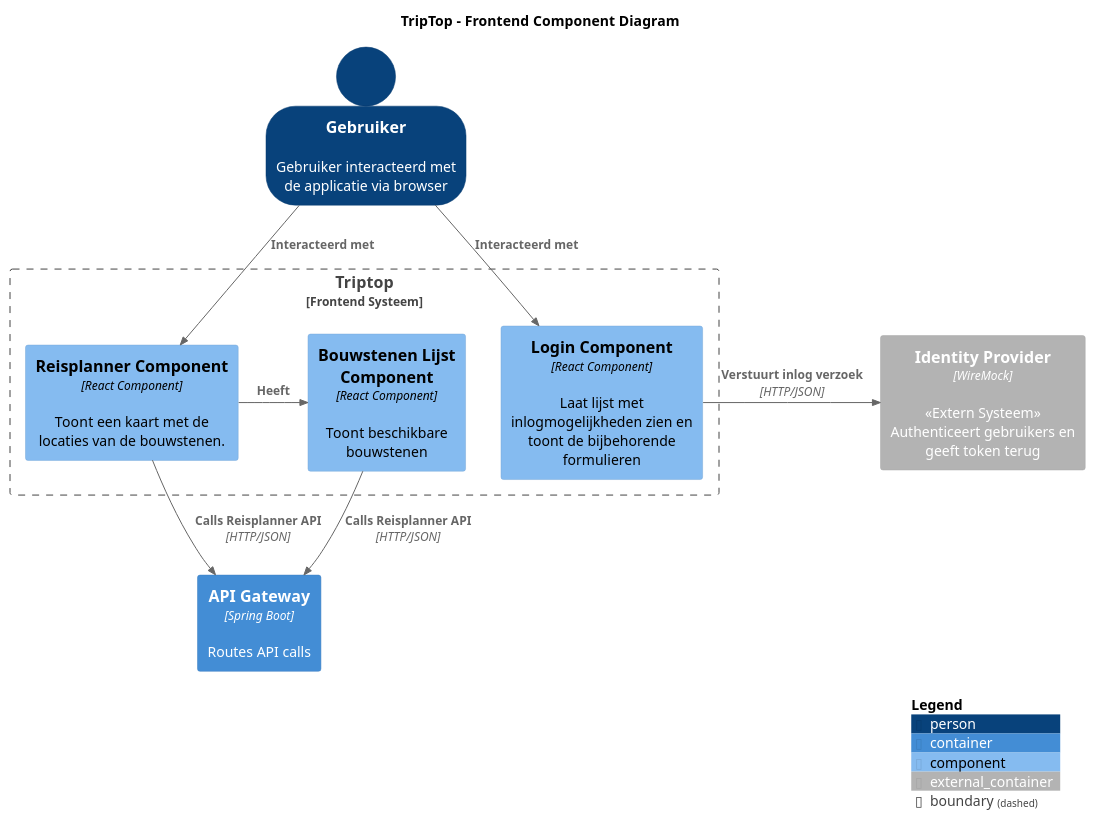
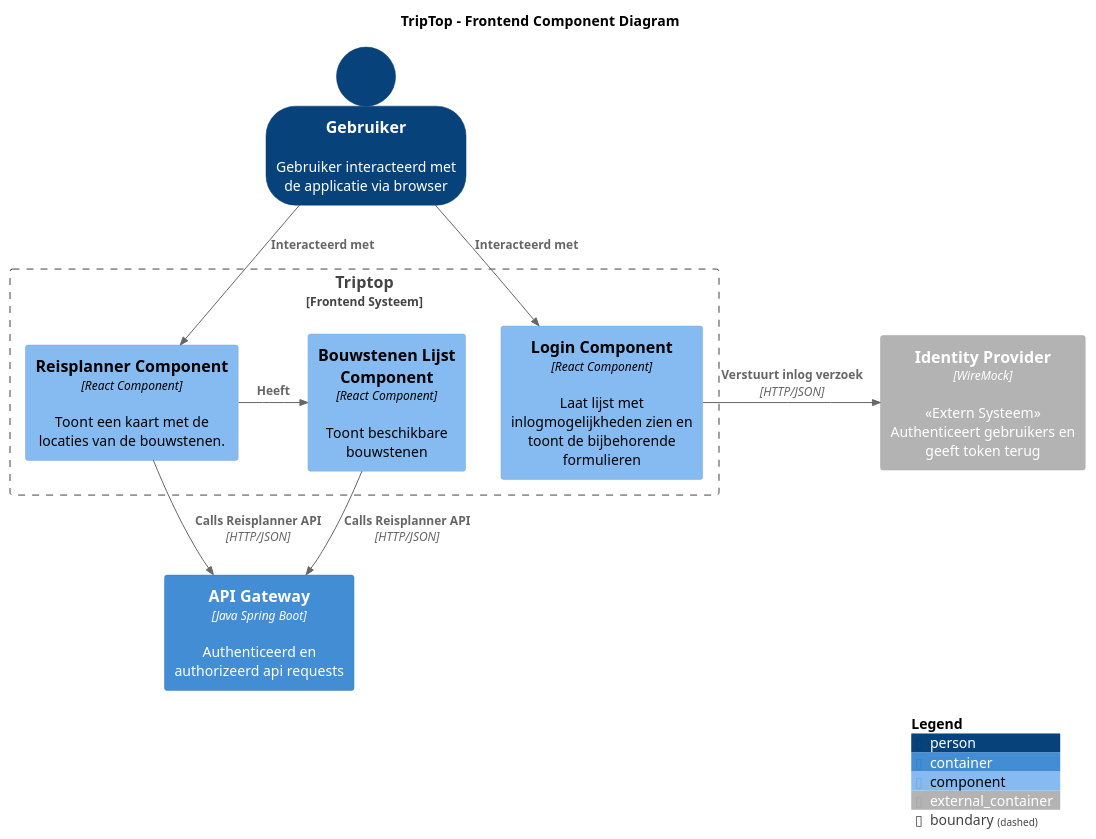
Before and after one commit to AIM-ENE-feb25/triptop-groep-1-met-third-wheel: the diagram in diagram/component/frontendComponentDiagram.puml, drawn with PlantUML. The commit also changed 3 other files, not shown here.

Commit message:
Samenvoegen component diagrammen

```diff
--- a/diagram/component/frontendComponentDiagram.puml
+++ b/diagram/component/frontendComponentDiagram.puml
@@ -1,30 +1,29 @@
 @startuml
 !include <C4/C4_Component>
 
 title TripTop - Frontend Component Diagram
 SHOW_PERSON_OUTLINE()
 
 Person(user, Gebruiker, "Gebruiker interacteerd met de applicatie via browser")
 
 Boundary(system, "Triptop", "Frontend Systeem") {
     Component(loginComponent, "Login Component", React Component, "Laat lijst met inlogmogelijkheden zien en toont de bijbehorende formulieren")
     Component(reisplannerComponent, "Reisplanner Component", React Component, "Toont een kaart met de locaties van de bouwstenen.")
     Component(bouwstenenLijstComponent, "Bouwstenen Lijst Component", React Component, "Toont beschikbare bouwstenen")
 }
 
 Rel(user, reisplannerComponent, "Interacteerd met")
 Rel(user, loginComponent, "Interacteerd met")
 
-
-Container(api_gateway, "API Gateway", "Spring Boot" ,"Routes API calls")
+Container(api_gateway, API Gateway, Java Spring Boot, Authenticeerd en authorizeerd api requests)
 Container_Ext(id_provider, "Identity Provider", WireMock, "<<Extern Systeem>>\nAuthenticeert gebruikers en geeft token terug")
 
 Rel_R(loginComponent, id_provider, "Verstuurt inlog verzoek", "HTTP/JSON")
 Rel(reisplannerComponent, api_gateway, "Calls Reisplanner API", "HTTP/JSON")
 Rel_R(reisplannerComponent, bouwstenenLijstComponent, "Heeft")
 Rel(bouwstenenLijstComponent, api_gateway, "Calls Reisplanner API", "HTTP/JSON")
 
 
 SHOW_LEGEND()
 
 @enduml
```
